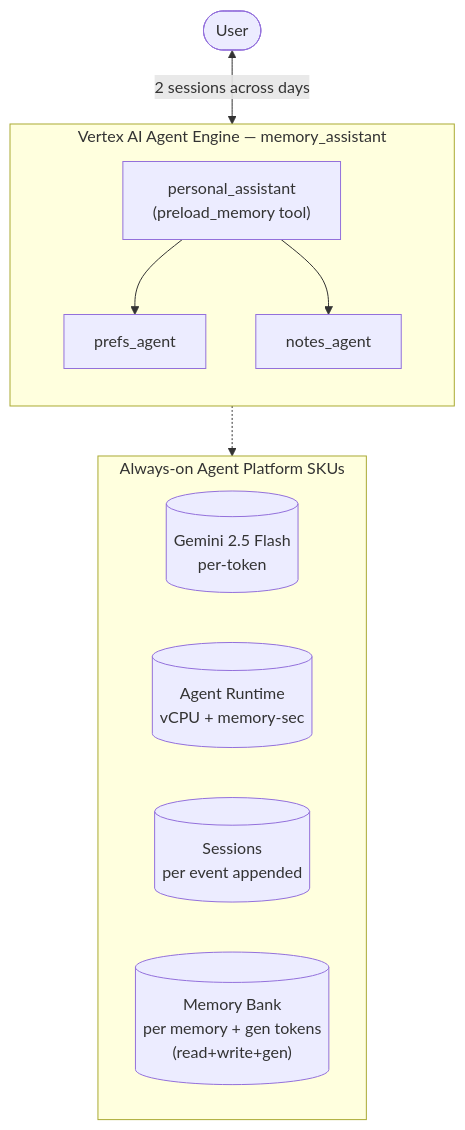
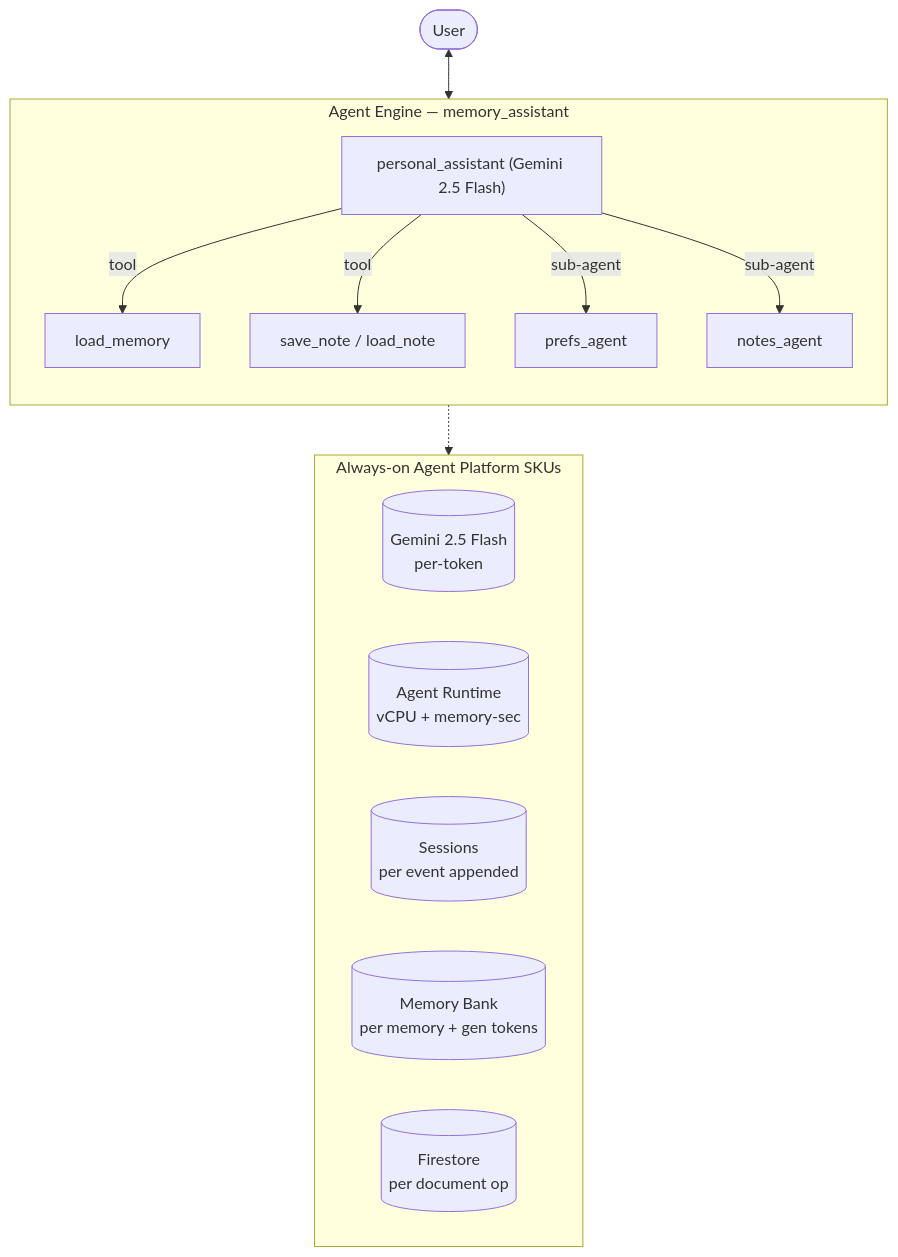
Before and after one commit to jasmeetsb/agent-cost-estimator: the diagram in agent_summaries/memory_assistant.md, drawn with Mermaid. The commit also changed other lines of this file and 25 other files, not shown here.

````diff
--- a/agent_summaries/memory_assistant.md
+++ b/agent_summaries/memory_assistant.md
@@ -30,18 +10,21 @@
 ```mermaid
 graph TB
-    User([User]) <-->|2 sessions across days| Coord
-    subgraph Engine["Vertex AI Agent Engine — memory_assistant"]
+    User([User]) <--> Coord
+    subgraph Engine["Agent Engine — memory_assistant"]
         direction TB
-        Coord["personal_assistant<br/>(preload_memory tool)"]
-        Coord --> P[prefs_agent]
-        Coord --> N[notes_agent]
+        Coord["personal_assistant (Gemini 2.5 Flash)"]
+        Coord -->|tool| LM[load_memory]
+        Coord -->|tool| SN[save_note / load_note]
+        Coord -->|sub-agent| PREF["prefs_agent"]
+        Coord -->|sub-agent| NOTE["notes_agent"]
     end
     subgraph Core["Always-on Agent Platform SKUs"]
         direction LR
         Gemini[("Gemini 2.5 Flash<br/>per-token")]
         Runtime[("Agent Runtime<br/>vCPU + memory-sec")]
         Sess[("Sessions<br/>per event appended")]
-        MB[("Memory Bank<br/>per memory + gen tokens<br/>(read+write+gen)")]
+        MB[("Memory Bank<br/>per memory + gen tokens")]
+        FS[("Firestore<br/>per document op")]
     end
     Engine -.-> Core
 ```
````
